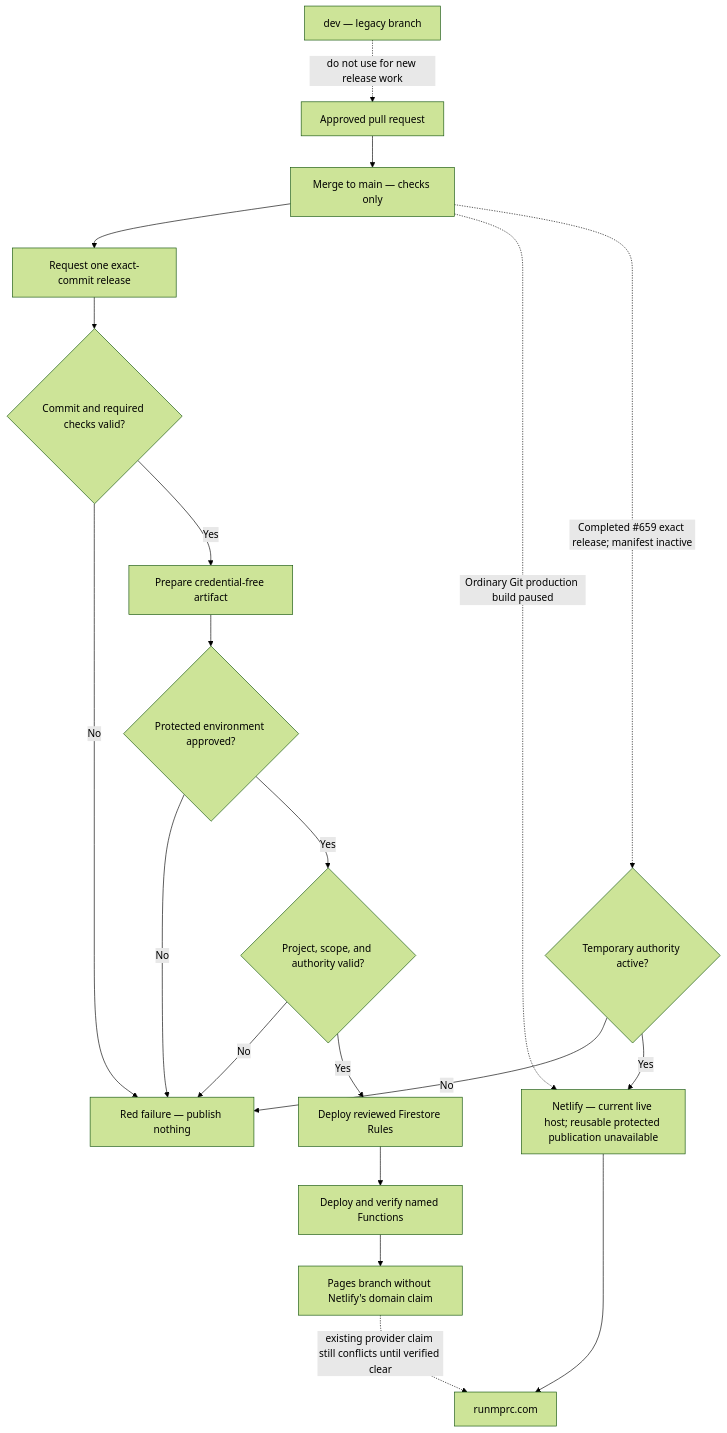
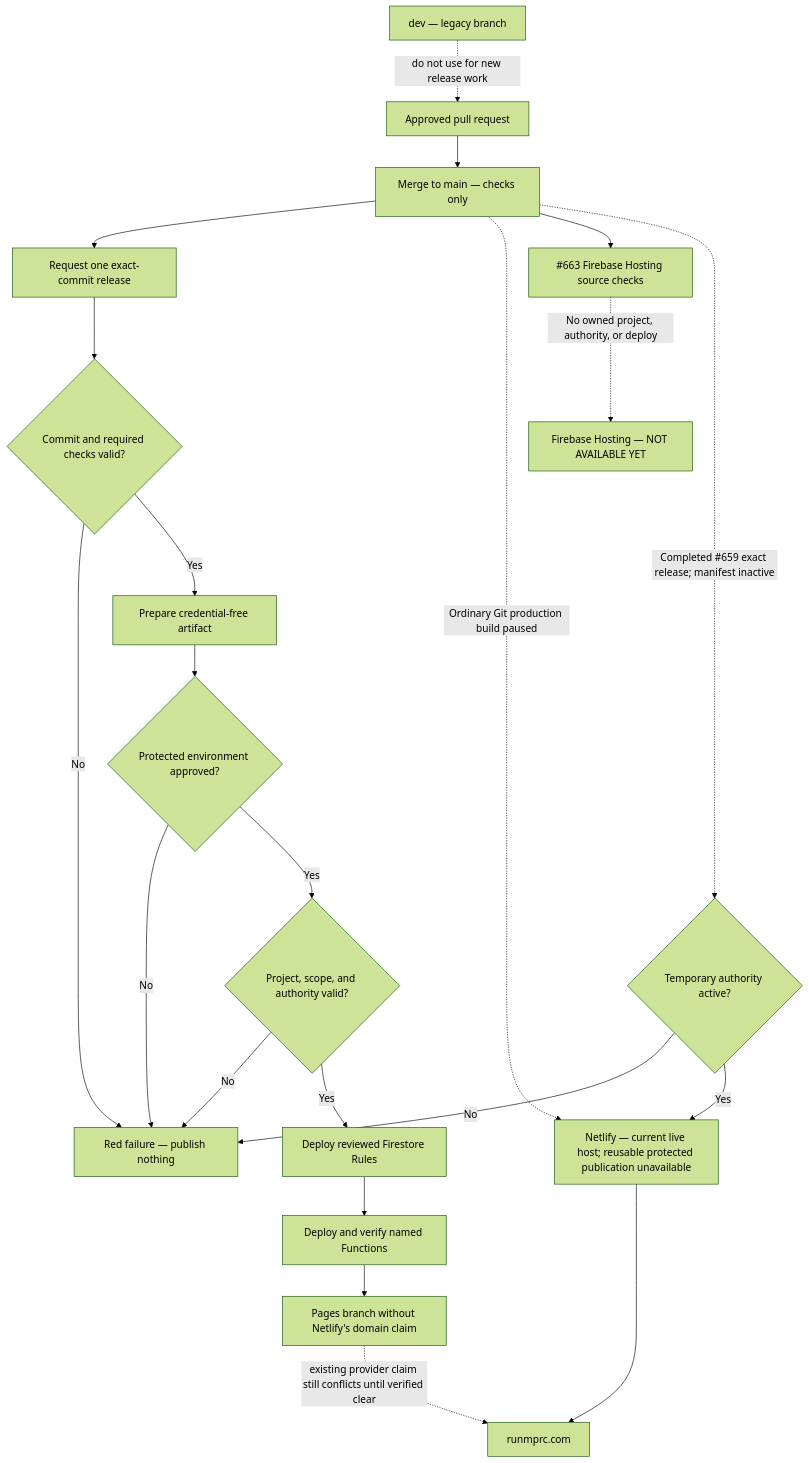
The fourth of 10 diagrams in docs/officers/SYSTEM_MAPS.md (Run-MPRC/Run-MPRC.github.io), drawn with Mermaid (forest theme) before and after one commit. The commit also changed other lines of this file and 26 other files, not shown here.

Commit message:
feat: add fail-closed Firebase Hosting foundation (#663)

````diff
--- a/docs/officers/SYSTEM_MAPS.md
+++ b/docs/officers/SYSTEM_MAPS.md
@@ -74,22 +74,24 @@
 ```mermaid
 flowchart TD
     PR["Approved pull request"] --> Main["Merge to main — checks only"]
     Main --> Request["Request one exact-commit release"]
     Request --> Preflight{"Commit and required checks valid?"}
     Preflight -- "No" --> Stop["Red failure — publish nothing"]
     Preflight -- "Yes" --> Prepare["Prepare credential-free artifact"]
     Prepare --> Approval{"Protected environment approved?"}
     Approval -- "No" --> Stop
     Approval -- "Yes" --> Gate{"Project, scope, and authority valid?"}
     Gate -- "No" --> Stop
     Gate -- "Yes" --> Rules["Deploy reviewed Firestore Rules"]
     Rules --> Functions["Deploy and verify named Functions"]
     Functions --> Pages["Pages branch without Netlify's domain claim"]
     Main -. "Ordinary Git production build paused" .-> Netlify
+    Main --> HostingSource["#663 Firebase Hosting source checks"]
+    HostingSource -. "No owned project, authority, or deploy" .-> FutureHosting["Firebase Hosting — NOT AVAILABLE YET"]
     Main -. "Completed #659 exact release; manifest inactive" .-> WebGate{"Temporary authority active?"}
     WebGate -- "No" --> Stop
     WebGate -- "Yes" --> Netlify
     Netlify["Netlify — current live host; reusable protected publication unavailable"] --> Live["runmprc.com"]
     Pages -. "existing provider claim still conflicts until verified clear" .-> Live
     Dev["dev — legacy branch"] -. "do not use for new release work" .-> PR
 ```
````
